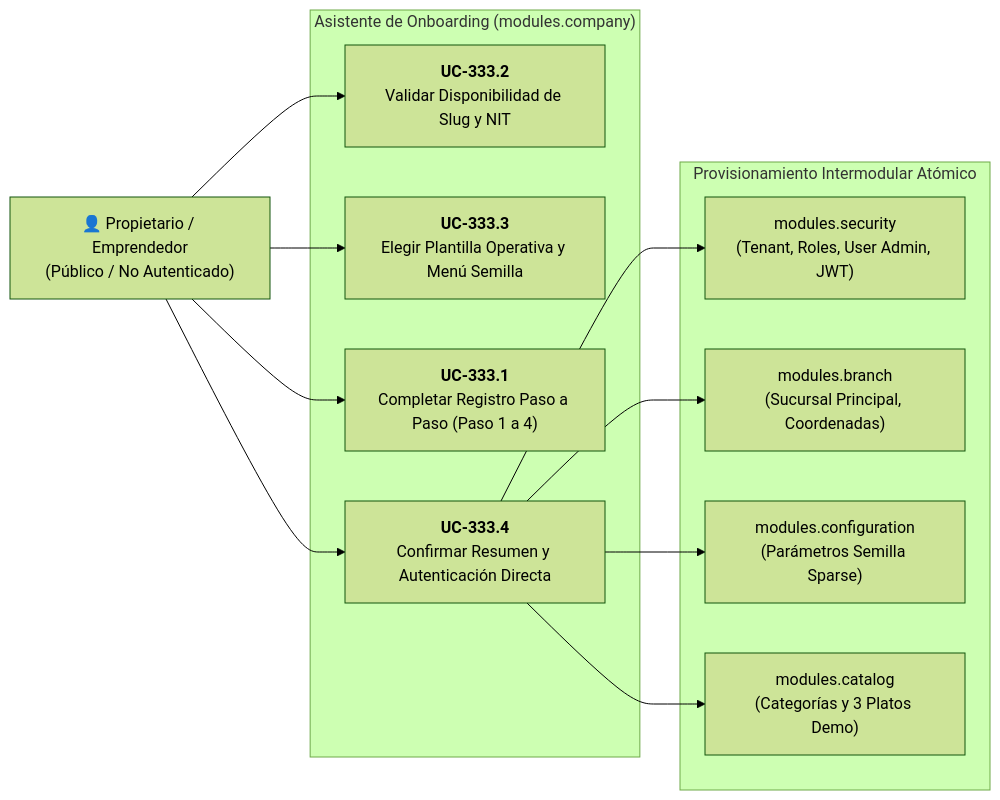
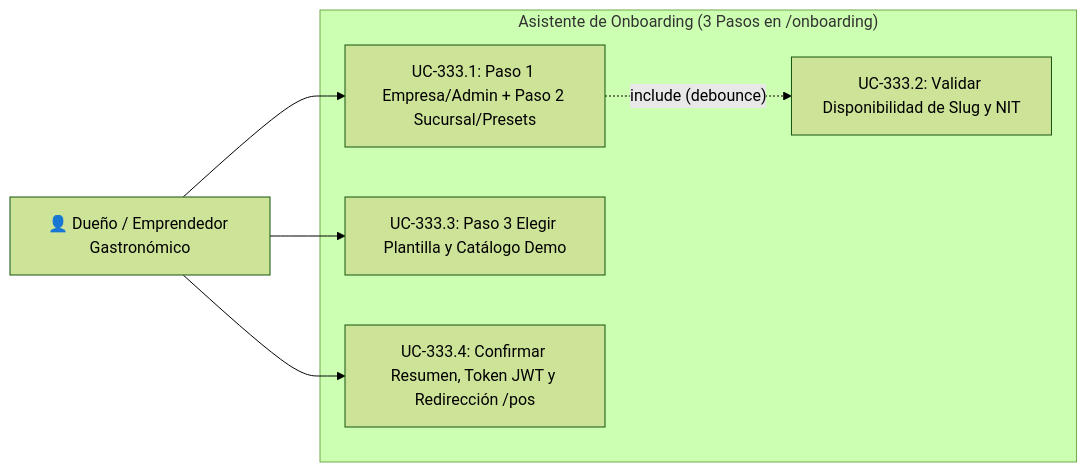
Before and after one commit to vakajose/gestion-restaurante: the diagram in docs/project/architecture/03-use-cases/use_cases_onboarding.md, drawn with Mermaid (forest theme). The commit also changed other lines of this file and 156 other files, not shown here.

````diff
--- a/docs/project/architecture/03-use-cases/use_cases_onboarding.md
+++ b/docs/project/architecture/03-use-cases/use_cases_onboarding.md
@@ -37,28 +34,16 @@
 ```mermaid
 flowchart LR
-    OWNER["👤 Propietario / Emprendedor<br/>(Público / No Autenticado)"]
+    Owner["👤 Dueño / Emprendedor Gastronómico"]
 
-    subgraph ModOnboarding ["Asistente de Onboarding (modules.company)"]
-        UC2["<b>UC-333.2</b><br/>Validar Disponibilidad de Slug y NIT"]
-        UC3["<b>UC-333.3</b><br/>Elegir Plantilla Operativa y Menú Semilla"]
-        UC1["<b>UC-333.1</b><br/>Completar Registro Paso a Paso (Paso 1 a 4)"]
-        UC4["<b>UC-333.4</b><br/>Confirmar Resumen y Autenticación Directa"]
+    subgraph Mod_Onboarding["Asistente de Onboarding (3 Pasos en /onboarding)"]
+        UC1["UC-333.1: Paso 1 Empresa/Admin + Paso 2 Sucursal/Presets"]
+        UC2["UC-333.2: Validar Disponibilidad de Slug y NIT"]
+        UC3["UC-333.3: Paso 3 Elegir Plantilla y Catálogo Demo"]
+        UC4["UC-333.4: Confirmar Resumen, Token JWT y Redirección /pos"]
     end
 
-    subgraph CrossModules ["Provisionamiento Intermodular Atómico"]
-        SYS_AUTH["modules.security<br/>(Tenant, Roles, User Admin, JWT)"]
-        SYS_BRN["modules.branch<br/>(Sucursal Principal, Coordenadas)"]
-        SYS_CFG["modules.configuration<br/>(Parámetros Semilla Sparse)"]
-        SYS_CAT["modules.catalog<br/>(Categorías y 3 Platos Demo)"]
-    end
-
-    OWNER --> UC1
-    OWNER --> UC2
-    OWNER --> UC3
-    OWNER --> UC4
-
-    UC4 --> SYS_AUTH
-    UC4 --> SYS_BRN
-    UC4 --> SYS_CFG
-    UC4 --> SYS_CAT
+    Owner --> UC1
+    Owner --> UC3
+    Owner --> UC4
+    UC1 -.->|"include (debounce)"| UC2
 ```
````
